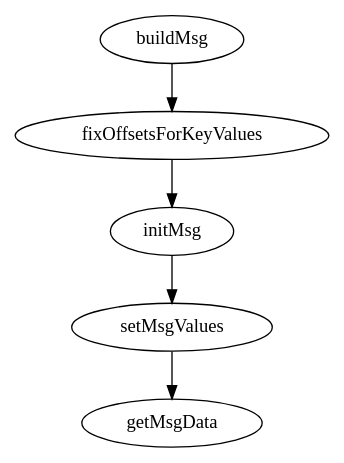
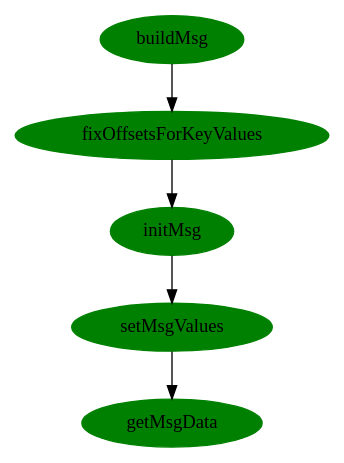
Before and after one commit to apwiede/nodemcu: the diagram in dot_files/buildAnswerMsg.dot, drawn with Graphviz. The commit also changed 6 other files, not shown here.

```diff
--- a/dot_files/buildAnswerMsg.dot
+++ b/dot_files/buildAnswerMsg.dot
@@ -1,6 +1,11 @@
 digraph G23 {
+  buildMsg[style="filled", color="green"];
   buildMsg -> fixOffsetsForKeyValues;
+  fixOffsetsForKeyValues[style="filled", color="green"];
   fixOffsetsForKeyValues -> initMsg;
+  initMsg[style="filled", color="green"];
   initMsg -> setMsgValues;
+  setMsgValues[style="filled", color="green"];
   setMsgValues -> getMsgData;
+  getMsgData[style="filled", color="green"];
 }
```
